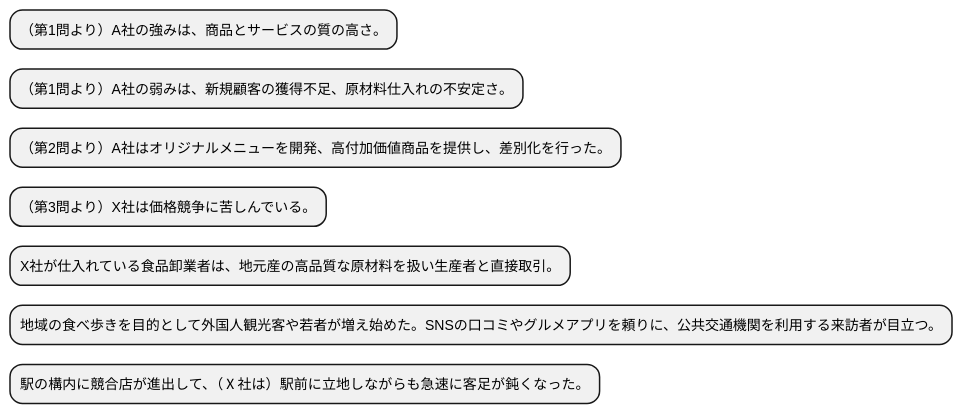
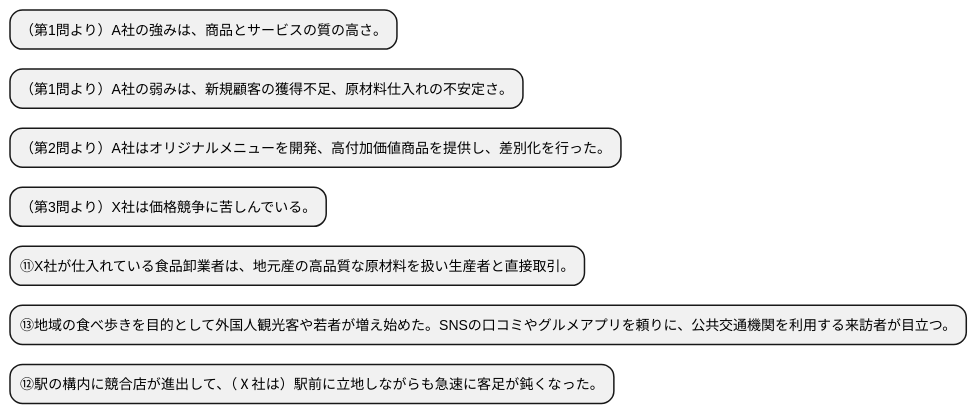
Before and after one commit to k2works/case-study-business-analysis: the ninth of 11 diagrams in docs/case/study/R05/r05_case_1_study_2.adoc, drawn with PlantUML. The commit also changed other lines of this file, not shown here.

```diff
--- a/docs/case/study/R05/r05_case_1_study_2.adoc
+++ b/docs/case/study/R05/r05_case_1_study_2.adoc
@@ -245,14 +245,14 @@
 [plantuml]
 ----
 @startmindmap
 
 * （第1問より）A社の強みは、商品とサービスの質の高さ。
 * （第1問より）A社の弱みは、新規顧客の獲得不足、原材料仕入れの不安定さ。
 * （第2問より）A社はオリジナルメニューを開発、高付加価値商品を提供し、差別化を行った。
 * （第3問より）X社は価格競争に苦しんでいる。
-* X社が仕入れている食品卸業者は、地元産の高品質な原材料を扱い生産者と直接取引。
-* 地域の食べ歩きを目的として外国人観光客や若者が増え始めた。SNSの口コミやグルメアプリを頼りに、公共交通機関を利用する来訪者が目立つ。
-* 駅の構内に競合店が進出して、（Ⅹ社は）駅前に立地しながらも急速に客足が鈍くなった。
+* ⑪X社が仕入れている食品卸業者は、地元産の高品質な原材料を扱い生産者と直接取引。
+* ⑬地域の食べ歩きを目的として外国人観光客や若者が増え始めた。SNSの口コミやグルメアプリを頼りに、公共交通機関を利用する来訪者が目立つ。
+* ⑫駅の構内に競合店が進出して、（Ⅹ社は）駅前に立地しながらも急速に客足が鈍くなった。
 
 @endmindmap
 ----
```
